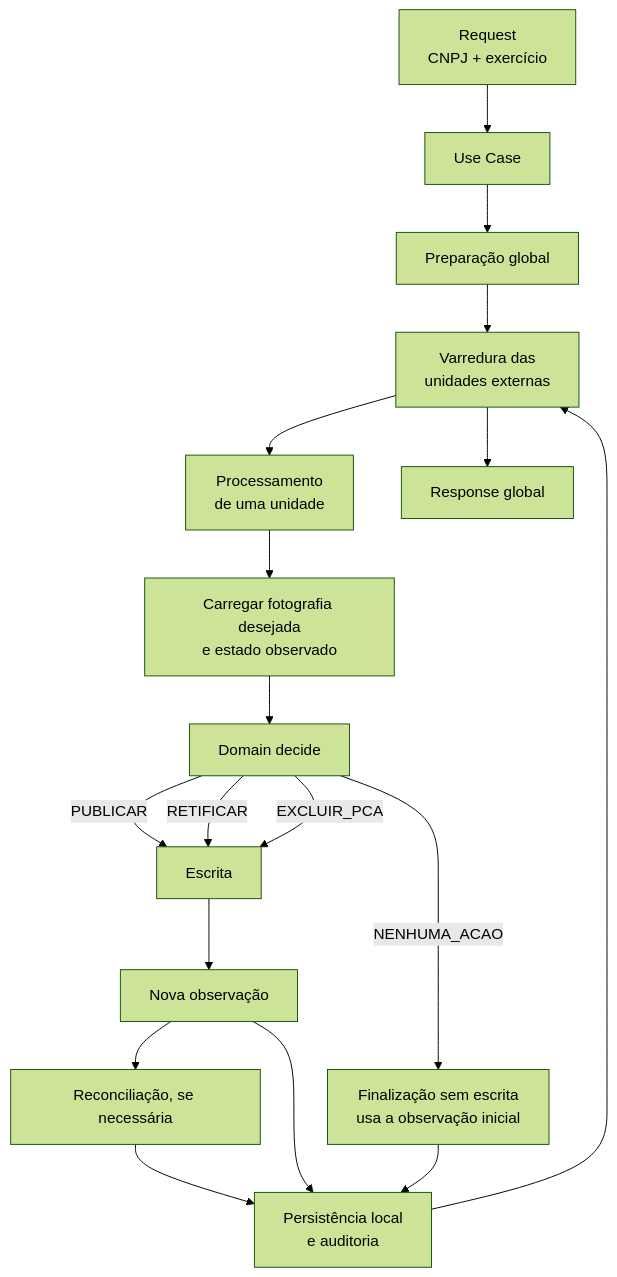
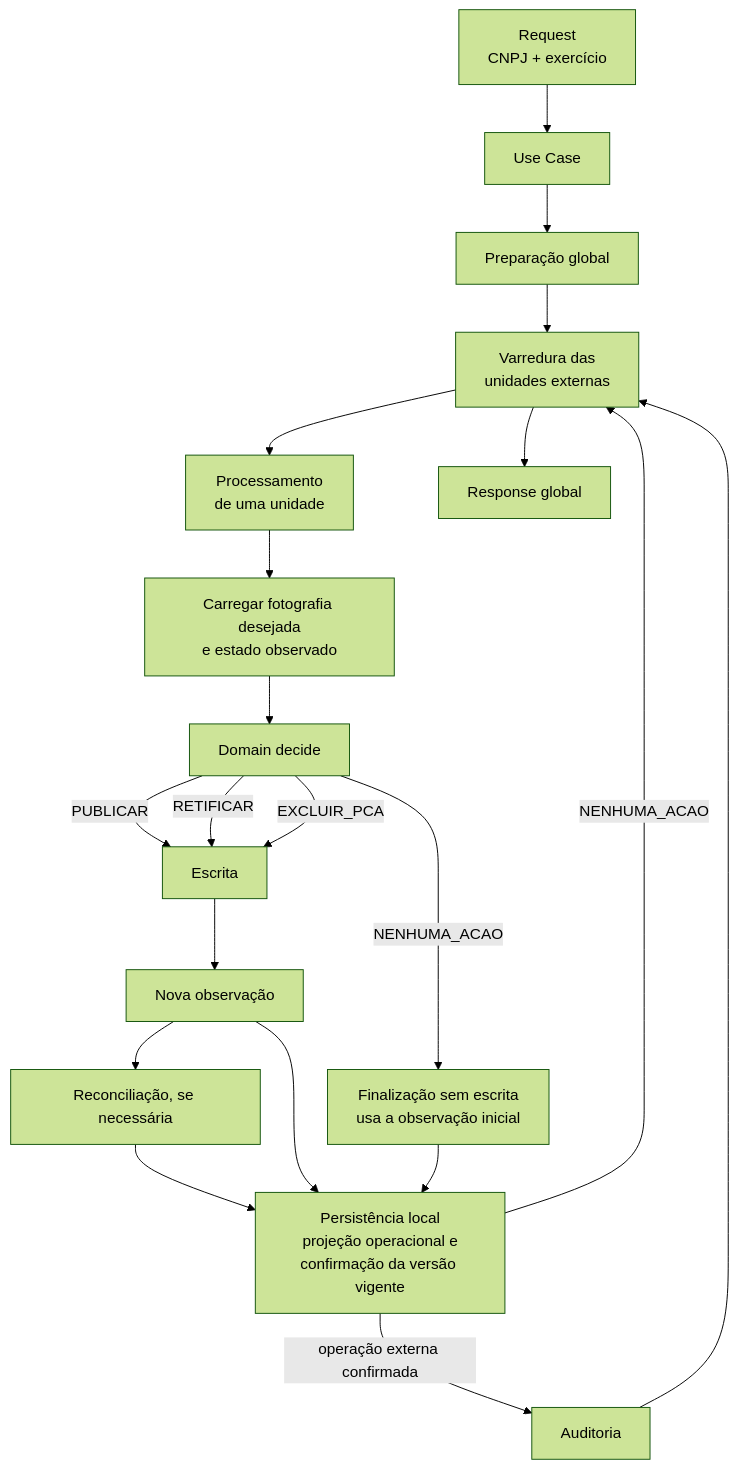
The third of 7 diagrams in docs/diagramas/visao_executiva_projeto_pca_pncp.md (JhonnyRodrigues/pca-pncp-backend), drawn with Mermaid (forest theme) before and after one commit. The commit also changed 102 other files, not shown here.

````diff
--- a/docs/diagramas/visao_executiva_projeto_pca_pncp.md
+++ b/docs/diagramas/visao_executiva_projeto_pca_pncp.md
@@ -101,24 +101,27 @@
 ```mermaid
 flowchart TD
     R["Request<br/>CNPJ + exercício"] --> U["Use Case"]
     U --> PG["Preparação global"]
     PG --> V["Varredura das<br/>unidades externas"]
 
     V --> PU["Processamento<br/>de uma unidade"]
     PU --> C["Carregar fotografia desejada<br/>e estado observado"]
     C --> D["Domain decide"]
 
     D -->|PUBLICAR| E["Escrita"]
     D -->|RETIFICAR| E
     D -->|EXCLUIR_PCA| E
     D -->|NENHUMA_ACAO| FS["Finalização sem escrita<br/>usa a observação inicial"]
 
     E --> O["Nova observação"]
     O --> RC["Reconciliação, se necessária"]
-    RC --> PA["Persistência local<br/>e auditoria"]
+    RC --> PA["Persistência local<br/>projeção operacional e<br/>confirmação da versão vigente"]
     O --> PA
     FS --> PA
 
-    PA --> V
+    PA -->|operação externa confirmada| A["Auditoria"]
+    PA -->|NENHUMA_ACAO| V
+    A --> V
+
     V --> RESP["Response global"]
 ```
````
